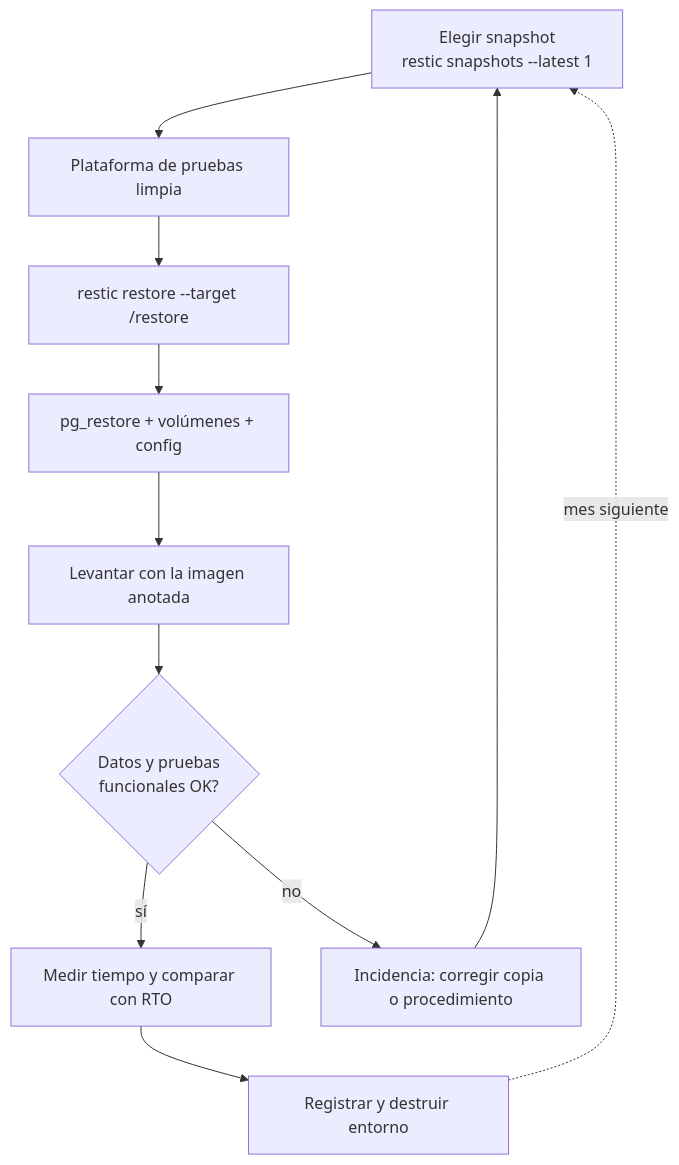
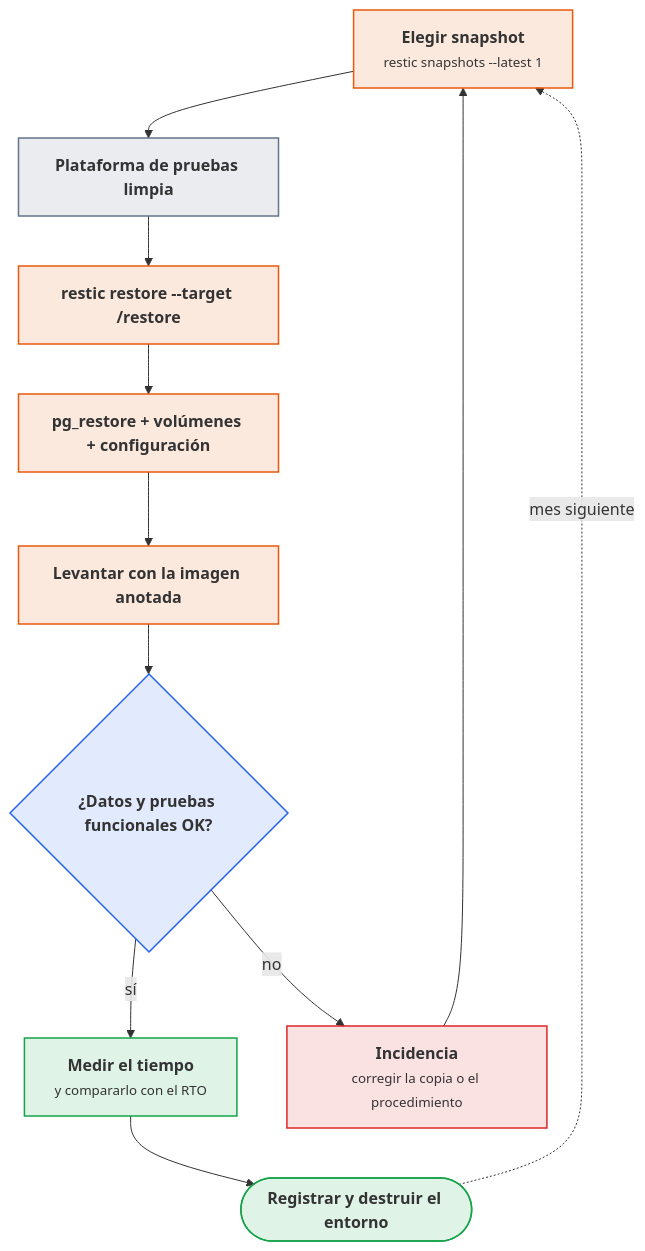
The third of 3 diagrams in docs/ut/ut6-copias-seguridad.md (victor-educ/apuntes-5169), drawn with Mermaid before and after one commit. The commit also changed other lines of this file and 13 other files, not shown here.

First line of the commit message:
Temporalización definitiva, gramática visual y diagramas en todas las unidades

````diff
--- a/docs/ut/ut6-copias-seguridad.md
+++ b/docs/ut/ut6-copias-seguridad.md
@@ -482,13 +518,22 @@
 ```mermaid
 flowchart TD
-    A[Elegir snapshot\nrestic snapshots --latest 1] --> B[Plataforma de pruebas limpia]
-    B --> C[restic restore --target /restore]
-    C --> D[pg_restore + volúmenes + config]
-    D --> E[Levantar con la imagen anotada]
-    E --> F{Datos y pruebas\nfuncionales OK?}
-    F -->|sí| G[Medir tiempo y comparar con RTO]
-    F -->|no| H[Incidencia: corregir copia o procedimiento]
-    H --> A
-    G --> I[Registrar y destruir entorno]
+    A["<b>Elegir snapshot</b><br><small>restic snapshots --latest 1</small>"]:::act
+    B["<b>Plataforma de pruebas limpia</b>"]:::pieza
+    C["<b>restic restore --target /restore</b>"]:::act
+    D["<b>pg_restore + volúmenes + configuración</b>"]:::act
+    E["<b>Levantar con la imagen anotada</b>"]:::act
+    F{"<b>¿Datos y pruebas funcionales OK?</b>"}:::dato
+    G["<b>Medir el tiempo</b><br><small>y compararlo con el RTO</small>"]:::ok
+    H["<b>Incidencia</b><br><small>corregir la copia o el procedimiento</small>"]:::riesgo
+    I(["<b>Registrar y destruir el entorno</b>"]):::ok
+    A --> B --> C --> D --> E --> F
+    F -- sí --> G --> I
+    F -- no --> H --> A
     I -.->|mes siguiente| A
+    classDef act fill:#ea580c22,stroke:#ea580c,stroke-width:1.5px
+    classDef pieza fill:#64748b22,stroke:#64748b,stroke-width:1.5px
+    classDef dato fill:#2563eb22,stroke:#2563eb,stroke-width:1.5px
+    classDef infra fill:#a1a1aa14,stroke:#a1a1aa,stroke-width:1.5px
+    classDef ok fill:#16a34a22,stroke:#16a34a,stroke-width:1.5px
+    classDef riesgo fill:#dc262622,stroke:#dc2626,stroke-width:1.5px
 ```
````
